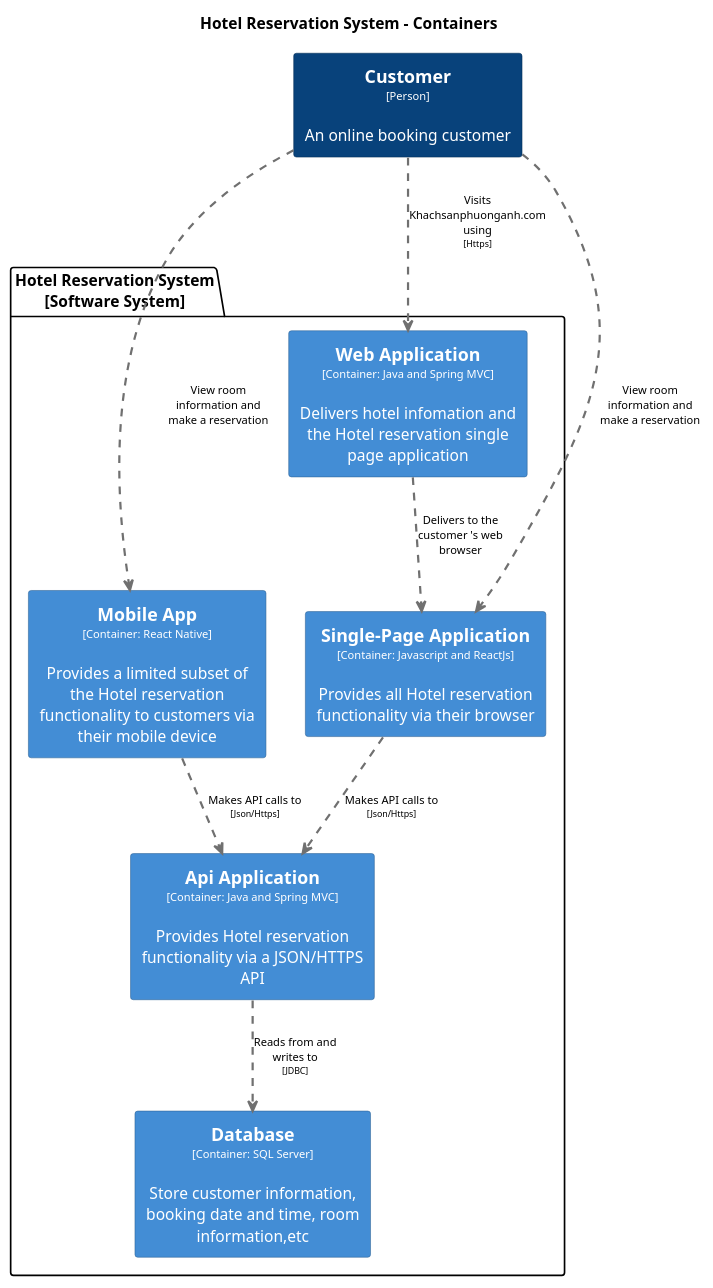
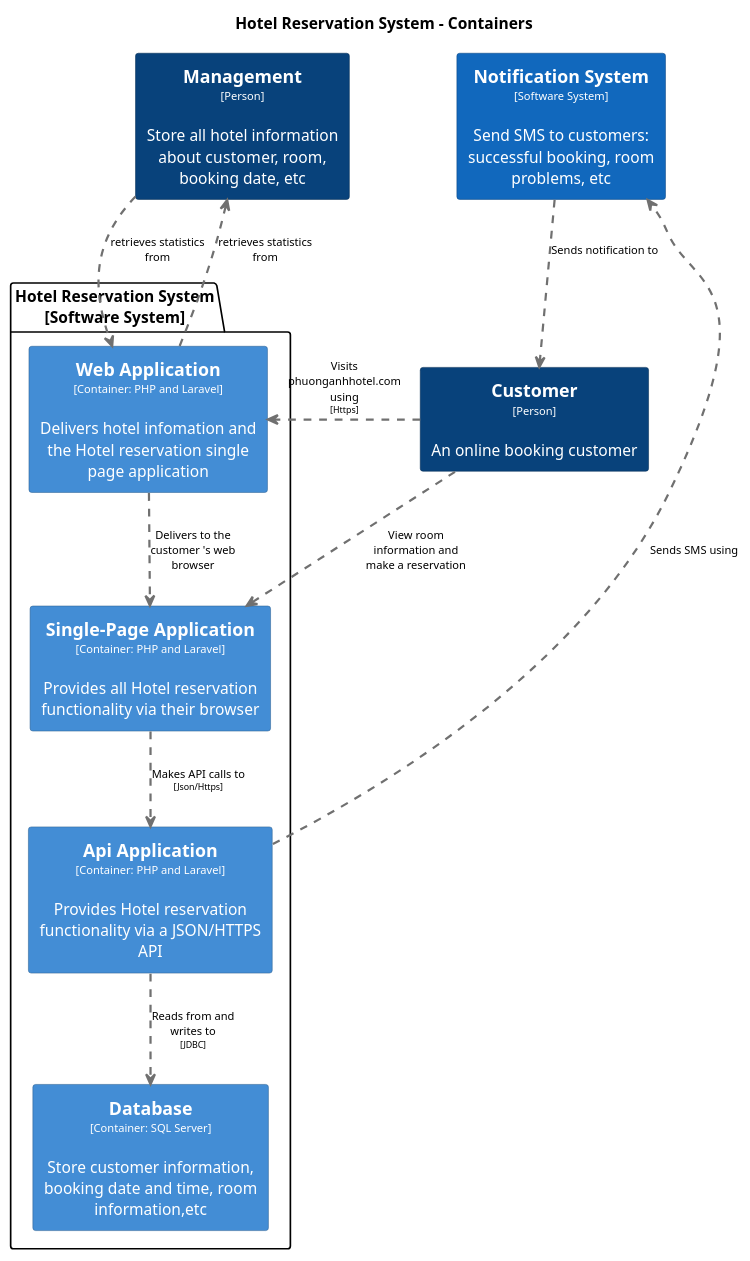
Before and after one commit to RooneyTrong/BookinghotelUML: the diagram in thayvuong/Containers.puml, drawn with PlantUML. The commit also changed 6 other files, not shown here.

```diff
--- a/thayvuong/Containers.puml
+++ b/thayvuong/Containers.puml
@@ -1,58 +1,65 @@
 @startuml(id=Containers)
 title Hotel Reservation System - Containers
 
 skinparam {
   shadowing false
   arrowFontSize 10
   defaultTextAlignment center
   wrapWidth 200
   maxMessageSize 100
 }
 hide stereotype
-top to bottom direction
+skinparam rectangle<<11>> {
+  BackgroundColor #438dd5
+  FontColor #ffffff
+  BorderColor #2e6295
+}
+skinparam rectangle<<22>> {
+  BackgroundColor #438dd5
+  FontColor #ffffff
+  BorderColor #2e6295
+}
 skinparam rectangle<<1>> {
   BackgroundColor #08427b
   FontColor #ffffff
   BorderColor #052e56
 }
 skinparam rectangle<<3>> {
   BackgroundColor #438dd5
   FontColor #ffffff
   BorderColor #2e6295
 }
-skinparam rectangle<<4>> {
-  BackgroundColor #438dd5
+skinparam rectangle<<27>> {
+  BackgroundColor #1168bd
   FontColor #ffffff
-  BorderColor #2e6295
+  BorderColor #0b4884
 }
-skinparam rectangle<<5>> {
-  BackgroundColor #438dd5
+skinparam rectangle<<31>> {
+  BackgroundColor #08427b
   FontColor #ffffff
-  BorderColor #2e6295
+  BorderColor #052e56
 }
-skinparam rectangle<<6>> {
-  BackgroundColor #438dd5
-  FontColor #ffffff
-  BorderColor #2e6295
-}
-skinparam rectangle<<7>> {
+skinparam rectangle<<10>> {
   BackgroundColor #438dd5
   FontColor #ffffff
   BorderColor #2e6295
 }
 rectangle "==Customer\n<size:10>[Person]</size>\n\nAn online booking customer" <<1>> as 1
+rectangle "==Management\n<size:10>[Person]</size>\n\nStore all hotel information about customer, room, booking date, etc" <<31>> as 31
+rectangle "==Notification System\n<size:10>[Software System]</size>\n\nSend SMS to customers: successful booking, room problems, etc" <<27>> as 27
 package "Hotel Reservation System\n[Software System]" {
-  rectangle "==Api Application\n<size:10>[Container: Java and Spring MVC]</size>\n\nProvides Hotel reservation functionality via a JSON/HTTPS API" <<5>> as 5
-  rectangle "==Database\n<size:10>[Container: SQL Server]</size>\n\nStore customer information, booking date and time, room information,etc" <<6>> as 6
-  rectangle "==Mobile App\n<size:10>[Container: React Native]</size>\n\nProvides a limited subset of the Hotel reservation functionality to customers via their mobile device" <<7>> as 7
-  rectangle "==Single-Page Application\n<size:10>[Container: Javascript and ReactJs]</size>\n\nProvides all Hotel reservation functionality via their browser" <<4>> as 4
-  rectangle "==Web Application\n<size:10>[Container: Java and Spring MVC]</size>\n\nDelivers hotel infomation and the Hotel reservation single page application" <<3>> as 3
+  rectangle "==Api Application\n<size:10>[Container: PHP and Laravel]</size>\n\nProvides Hotel reservation functionality via a JSON/HTTPS API" <<11>> as 11
+  rectangle "==Database\n<size:10>[Container: SQL Server]</size>\n\nStore customer information, booking date and time, room information,etc" <<22>> as 22
+  rectangle "==Single-Page Application\n<size:10>[Container: PHP and Laravel]</size>\n\nProvides all Hotel reservation functionality via their browser" <<10>> as 10
+  rectangle "==Web Application\n<size:10>[Container: PHP and Laravel]</size>\n\nDelivers hotel infomation and the Hotel reservation single page application" <<3>> as 3
 }
-5 .[#707070,thickness=2].> 6 : "Reads from and writes to\n<size:8>[JDBC]</size>"
-1 .[#707070,thickness=2].> 7 : "View room information and make a reservation"
-1 .[#707070,thickness=2].> 4 : "View room information and make a reservation"
-1 .[#707070,thickness=2].> 3 : "Visits Khachsanphuonganh.com using\n<size:8>[Https]</size>"
-7 .[#707070,thickness=2].> 5 : "Makes API calls to\n<size:8>[Json/Https]</size>"
-4 .[#707070,thickness=2].> 5 : "Makes API calls to\n<size:8>[Json/Https]</size>"
-3 .[#707070,thickness=2].> 4 : "Delivers to the customer 's web browser"
+11 .[#707070,thickness=2].> 22 : "Reads from and writes to\n<size:8>[JDBC]</size>"
+11 .[#707070,thickness=2].> 27 : "Sends SMS using"
+1 .[#707070,thickness=2].> 10 : "View room information and make a reservation"
+1 .[#707070,thickness=2].> 3 : "Visits phuonganhhotel.com using\n<size:8>[Https]</size>"
+31 .[#707070,thickness=2].> 3 : "retrieves statistics from"
+27 .[#707070,thickness=2].> 1 : "Sends notification to"
+10 .[#707070,thickness=2].> 11 : "Makes API calls to\n<size:8>[Json/Https]</size>"
+3 .[#707070,thickness=2].> 31 : "retrieves statistics from"
+3 .[#707070,thickness=2].> 10 : "Delivers to the customer 's web browser"
 @enduml
```
